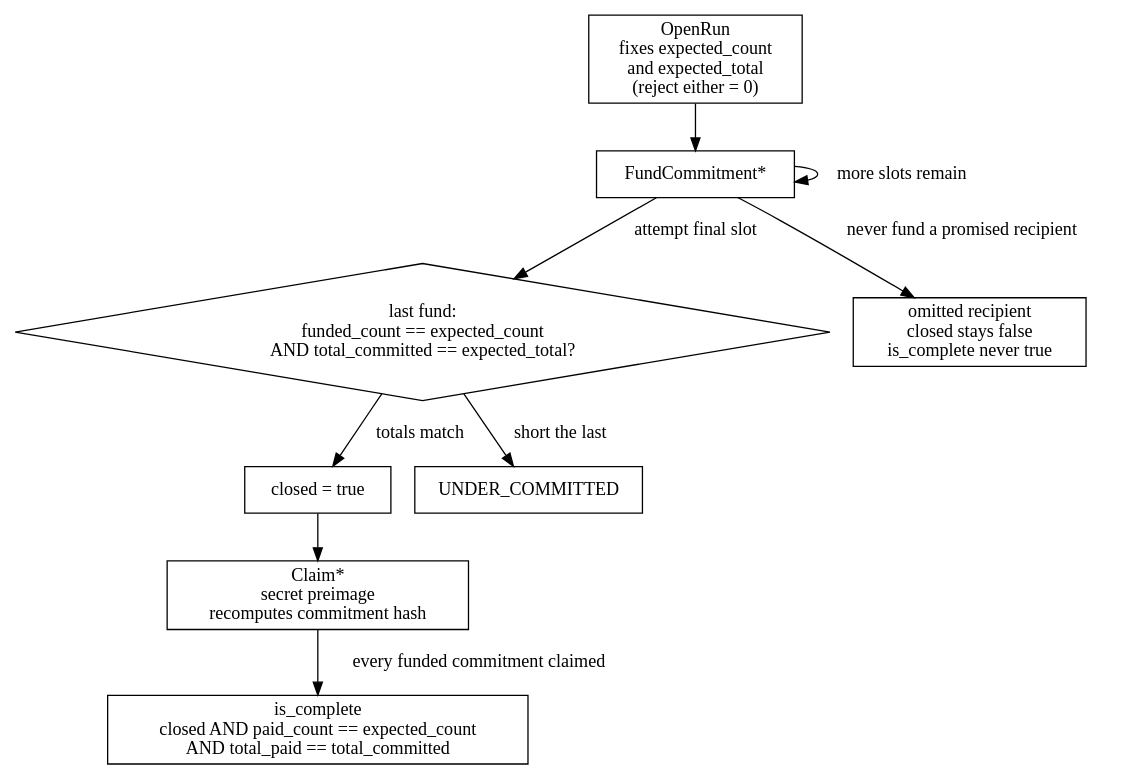
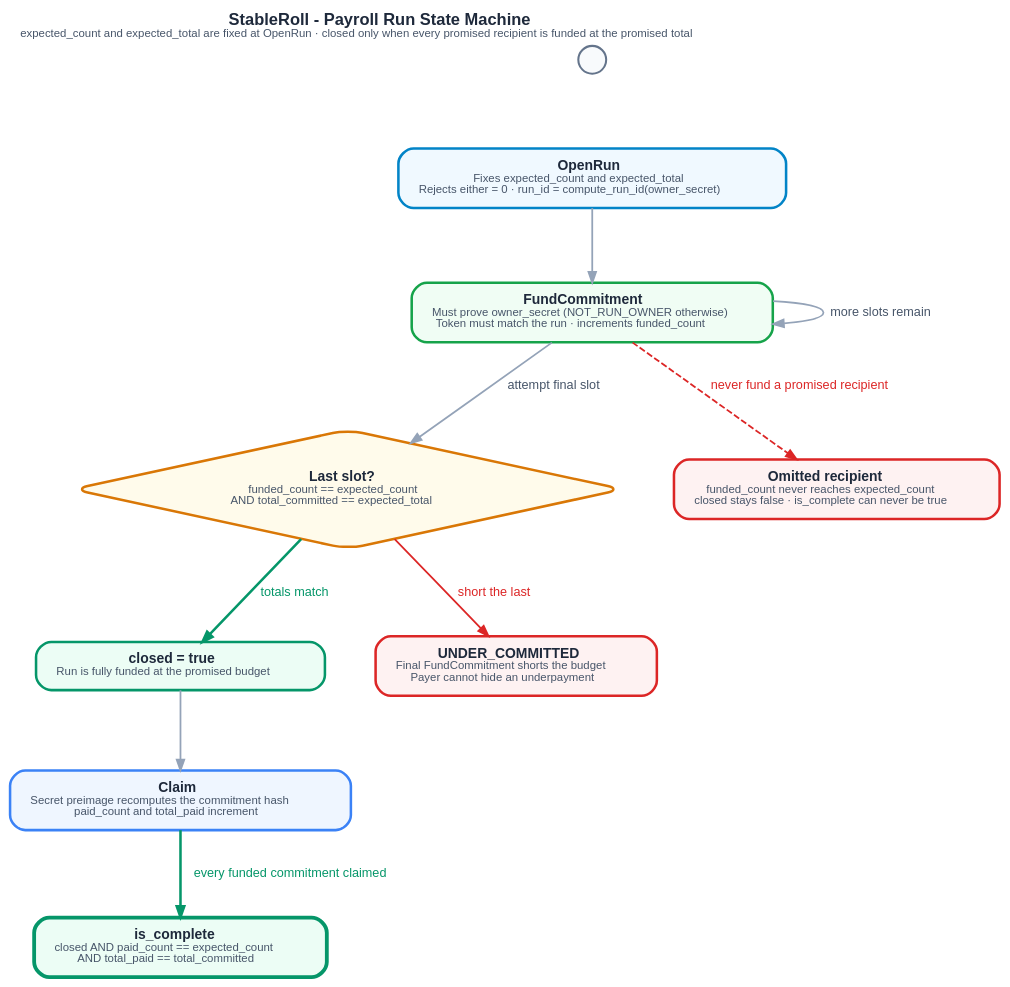
The diagram in diagrams/out/state-machine.dot (SunsetLabs-Game/stableroll), drawn with Graphviz before and after one commit. The commit also changed 12 other files, not shown here.

Commit message:
feat(diagrams): restyle generator to a lumenwipe-class design system

```diff
--- a/diagrams/out/state-machine.dot
+++ b/diagrams/out/state-machine.dot
@@ -1,22 +1,35 @@
 digraph "state-machine" {
+  bgcolor="transparent";
+  fontname="Helvetica";
+  fontsize="13";
+  fontcolor="#1E293B";
+  labelloc="t";
+  labeljust="l";
+  pad="0.7";
+  nodesep="0.55";
+  ranksep="0.8";
   rankdir="TB";
-  fontname="Times-Roman";
-  fontsize="11";
-  bgcolor="white";
-  open [label="OpenRun\nfixes expected_count\nand expected_total\n(reject either = 0)", shape="box"];
-  fund [label="FundCommitment*", shape="box"];
-  last [label="last fund:\nfunded_count == expected_count\nAND total_committed == expected_total?", shape="diamond"];
-  closed [label="closed = true", shape="box"];
-  under [label="UNDER_COMMITTED", shape="box"];
-  omit [label="omitted recipient\nclosed stays false\nis_complete never true", shape="box"];
-  claim [label="Claim*\nsecret preimage\nrecomputes commitment hash", shape="box"];
-  complete [label="is_complete\nclosed AND paid_count == expected_count\nAND total_paid == total_committed", shape="box"];
-  open -> fund;
-  fund -> fund [label="more slots remain"];
-  fund -> last [label="attempt final slot"];
-  last -> closed [label="totals match"];
-  last -> under [label="short the last"];
-  fund -> omit [label="never fund a promised recipient"];
-  closed -> claim;
-  claim -> complete [label="every funded commitment claimed"];
+  splines="spline";
+  size="12,14";
+  label=<<B>StableRoll - Payroll Run State Machine</B><BR/><FONT POINT-SIZE="9" COLOR="#475569">expected_count and expected_total are fixed at OpenRun · closed only when every promised recipient is funded at the promised total</FONT>>;
+  node [shape="box", style="filled,rounded", fillcolor="#F8FAFC", color="#64748B", fontname="Helvetica", fontsize="11", fontcolor="#1E293B", margin="0.22,0.13", penwidth="1.6"];
+  edge [color="#94A3B8", fontname="Helvetica", fontsize="10", fontcolor="#475569", arrowsize="0.85", penwidth="1.4"];
+  start [label="", width="0.3", height="0.3", fixedsize="true", fillcolor="#F8FAFC", color="#64748B", shape="circle"];
+  open [label=<<B>OpenRun</B><BR/><FONT POINT-SIZE="9" COLOR="#475569">Fixes expected_count and expected_total</FONT><BR/><FONT POINT-SIZE="9" COLOR="#475569">Rejects either = 0 · run_id = compute_run_id(owner_secret)</FONT>>, fillcolor="#F0F9FF", color="#0284C7", penwidth="2"];
+  fund [label=<<B>FundCommitment</B><BR/><FONT POINT-SIZE="9" COLOR="#475569">Must prove owner_secret (NOT_RUN_OWNER otherwise)</FONT><BR/><FONT POINT-SIZE="9" COLOR="#475569">Token must match the run · increments funded_count</FONT>>, fillcolor="#F0FDF4", color="#16A34A", penwidth="2"];
+  last [label=<<B>Last slot?</B><BR/><FONT POINT-SIZE="9" COLOR="#475569">funded_count == expected_count</FONT><BR/><FONT POINT-SIZE="9" COLOR="#475569">AND total_committed == expected_total</FONT>>, fillcolor="#FFFBEB", color="#D97706", shape="diamond", penwidth="2"];
+  closed [label=<<B>closed = true</B><BR/><FONT POINT-SIZE="9" COLOR="#475569">Run is fully funded at the promised budget</FONT>>, fillcolor="#ECFDF5", color="#059669", penwidth="2"];
+  under [label=<<B>UNDER_COMMITTED</B><BR/><FONT POINT-SIZE="9" COLOR="#475569">Final FundCommitment shorts the budget</FONT><BR/><FONT POINT-SIZE="9" COLOR="#475569">Payer cannot hide an underpayment</FONT>>, fillcolor="#FEF2F2", color="#DC2626", penwidth="2"];
+  omit [label=<<B>Omitted recipient</B><BR/><FONT POINT-SIZE="9" COLOR="#475569">funded_count never reaches expected_count</FONT><BR/><FONT POINT-SIZE="9" COLOR="#475569">closed stays false · is_complete can never be true</FONT>>, fillcolor="#FEF2F2", color="#DC2626", penwidth="2"];
+  claim [label=<<B>Claim</B><BR/><FONT POINT-SIZE="9" COLOR="#475569">Secret preimage recomputes the commitment hash</FONT><BR/><FONT POINT-SIZE="9" COLOR="#475569">paid_count and total_paid increment</FONT>>, fillcolor="#EFF6FF", color="#3B82F6", penwidth="2"];
+  complete [label=<<B>is_complete</B><BR/><FONT POINT-SIZE="9" COLOR="#475569">closed AND paid_count == expected_count</FONT><BR/><FONT POINT-SIZE="9" COLOR="#475569">AND total_paid == total_committed</FONT>>, fillcolor="#ECFDF5", color="#059669", penwidth="3"];
+  start -> open [color="#94A3B8", style="invis"];
+  open -> fund [color="#94A3B8"];
+  fund -> fund [color="#94A3B8", label="more slots remain"];
+  fund -> last [color="#94A3B8", label="attempt final slot"];
+  last -> closed [color="#059669", label="totals match", fontcolor="#059669", penwidth="2"];
+  last -> under [color="#DC2626", label="short the last", fontcolor="#DC2626"];
+  fund -> omit [color="#DC2626", label="never fund a promised recipient", fontcolor="#DC2626", style="dashed"];
+  closed -> claim [color="#94A3B8"];
+  claim -> complete [color="#059669", label="every funded commitment claimed", fontcolor="#059669", penwidth="2"];
 }
```
